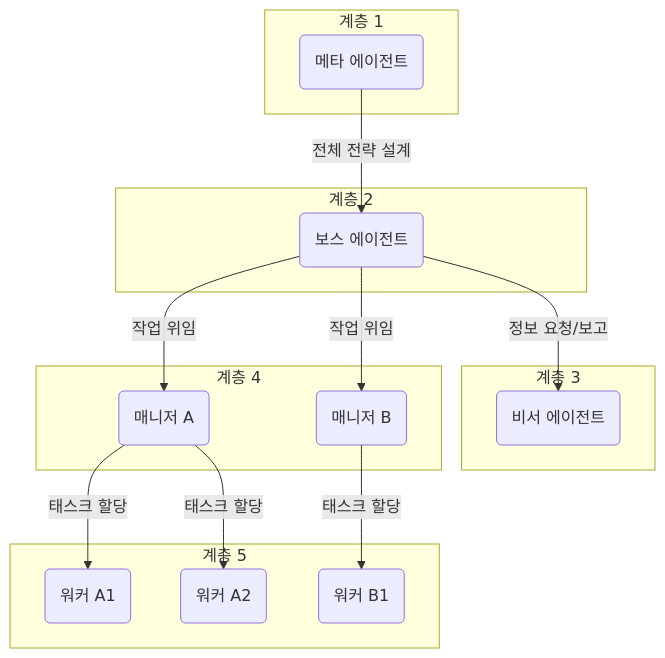
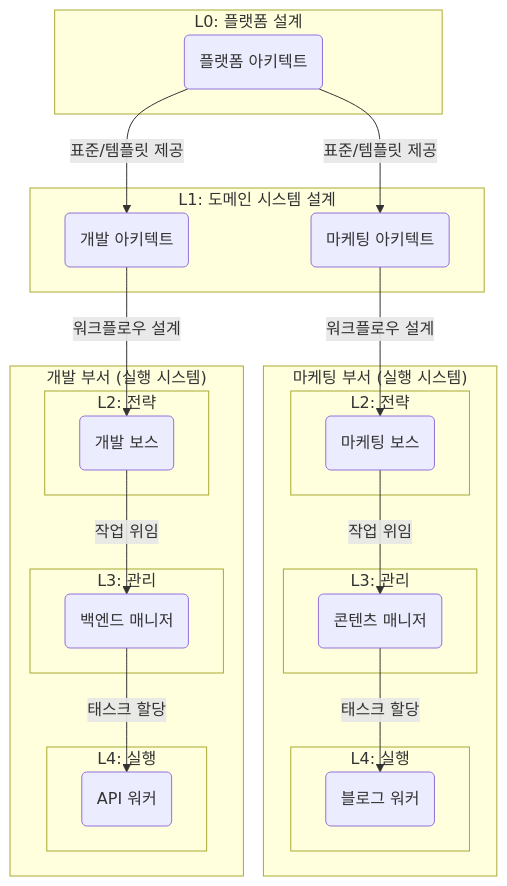
The sixth of 8 diagrams in book/07-process-workflow.md (wooxist/ai-instructions), drawn with Mermaid before and after one commit. The commit also changed other lines of this file and 1 other file, not shown here.

Commit message:
refactor: Update hierarchical agent collaboration model to include platform and domain architect roles for enhanced clarity and detail

````diff
--- a/book/07-process-workflow.md
+++ b/book/07-process-workflow.md
@@ -298,29 +298,44 @@
 ```mermaid
 graph TD
-    subgraph 계층 1
-        Meta(메타 에이전트)
-    end
-    subgraph 계층 2
-        Boss(보스 에이전트)
-    end
-    subgraph 계층 3
-        Secretary(비서 에이전트)
-    end
-    subgraph 계층 4
-        Manager1(매니저 A)
-        Manager2(매니저 B)
-    end
-    subgraph 계층 5
-        Worker1(워커 A1)
-        Worker2(워커 A2)
-        Worker3(워커 B1)
+    subgraph "L0: 플랫폼 설계"
+        PlatformArchitect(플랫폼 아키텍트)
     end
 
-    Meta -- 전체 전략 설계 --> Boss
-    Boss -- 정보 요청/보고 --> Secretary
-    Boss -- 작업 위임 --> Manager1
-    Boss -- 작업 위임 --> Manager2
-    Manager1 -- 태스크 할당 --> Worker1
-    Manager1 -- 태스크 할당 --> Worker2
-    Manager2 -- 태스크 할당 --> Worker3
+    subgraph "L1: 도메인 시스템 설계"
+        MarketingArchitect(마케팅 아키텍트)
+        DevArchitect(개발 아키텍트)
+    end
+    
+    PlatformArchitect -- "표준/템플릿 제공" --> MarketingArchitect
+    PlatformArchitect -- "표준/템플릿 제공" --> DevArchitect
+
+    subgraph "마케팅 부서 (실행 시스템)"
+        subgraph "L2: 전략"
+            MarketingBoss(마케팅 보스)
+        end
+        subgraph "L3: 관리"
+            ContentManager(콘텐츠 매니저)
+        end
+        subgraph "L4: 실행"
+            BlogWorker(블로그 워커)
+        end
+        MarketingArchitect -- "워크플로우 설계" --> MarketingBoss
+        MarketingBoss -- "작업 위임" --> ContentManager
+        ContentManager -- "태스크 할당" --> BlogWorker
+    end
+
+    subgraph "개발 부서 (실행 시스템)"
+        subgraph "L2: 전략 "
+             DevBoss(개발 보스)
+        end
+        subgraph "L3: 관리 "
+            BackendManager(백엔드 매니저)
+        end
+        subgraph "L4: 실행 "
+            ApiWorker(API 워커)
+        end
+        DevArchitect -- "워크플로우 설계" --> DevBoss
+        DevBoss -- "작업 위임" --> BackendManager
+        BackendManager -- "태스크 할당" --> ApiWorker
+    end
 ```
````
